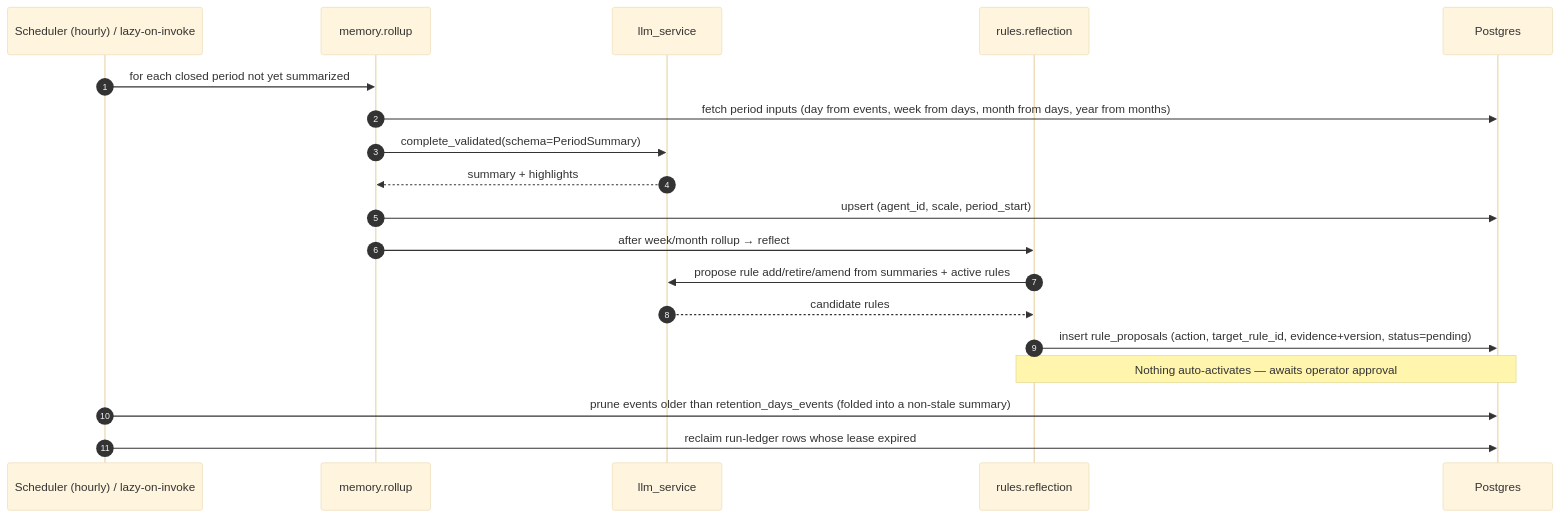
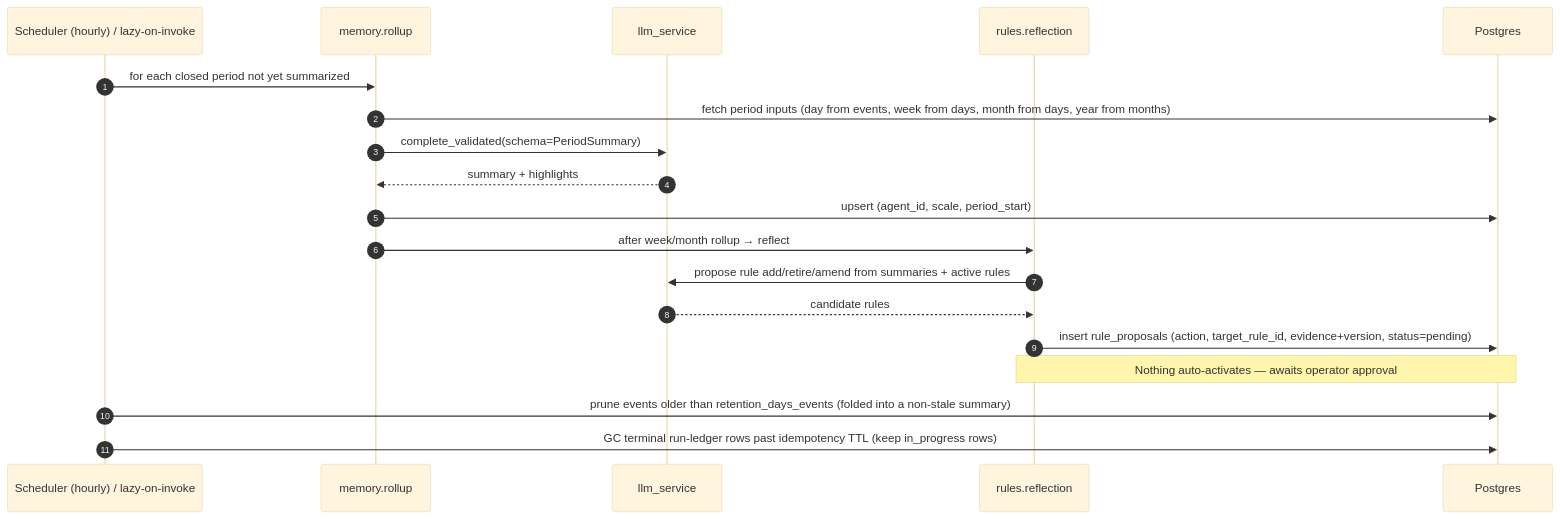
The fourth of 6 diagrams in backend/agents/agent_cognition/DESIGN.md (brandonkindred/Khala-Agentic-AI-Teams), drawn with Mermaid (base theme) before and after one commit. The commit also changed other lines of this file and 1 other file, not shown here.

First line of the commit message:
Address review round 7: lossless retention vs recompute, ledger reclaim preserves hash, Step 14 depends on Step 10

````diff
--- a/backend/agents/agent_cognition/DESIGN.md
+++ b/backend/agents/agent_cognition/DESIGN.md
@@ -282,22 +287,22 @@
 ```mermaid
 sequenceDiagram
   autonumber
   participant SCH as Scheduler (hourly) / lazy-on-invoke
   participant MEM as memory.rollup
   participant LLM as llm_service
   participant REF as rules.reflection
   participant PG as Postgres
 
   SCH->>MEM: for each closed period not yet summarized
   MEM->>PG: fetch period inputs (day from events, week from days, month from days, year from months)
   MEM->>LLM: complete_validated(schema=PeriodSummary)
   LLM-->>MEM: summary + highlights
   MEM->>PG: upsert (agent_id, scale, period_start)
   MEM->>REF: after week/month rollup → reflect
   REF->>LLM: propose rule add/retire/amend from summaries + active rules
   LLM-->>REF: candidate rules
   REF->>PG: insert rule_proposals (action, target_rule_id, evidence+version, status=pending)
   Note over REF,PG: Nothing auto-activates — awaits operator approval
   SCH->>PG: prune events older than retention_days_events (folded into a non-stale summary)
-  SCH->>PG: reclaim run-ledger rows whose lease expired
+  SCH->>PG: GC terminal run-ledger rows past idempotency TTL (keep in_progress rows)
 ```
````
